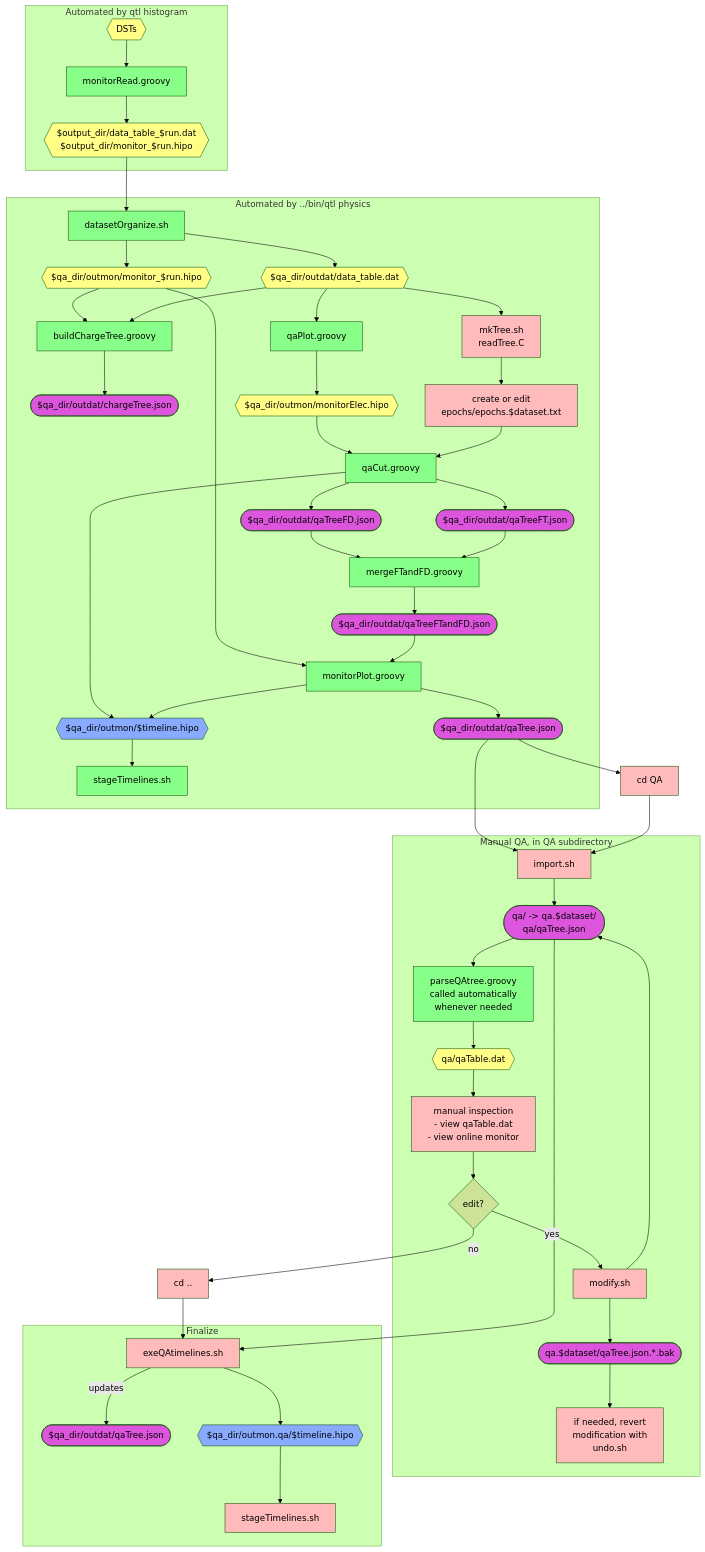
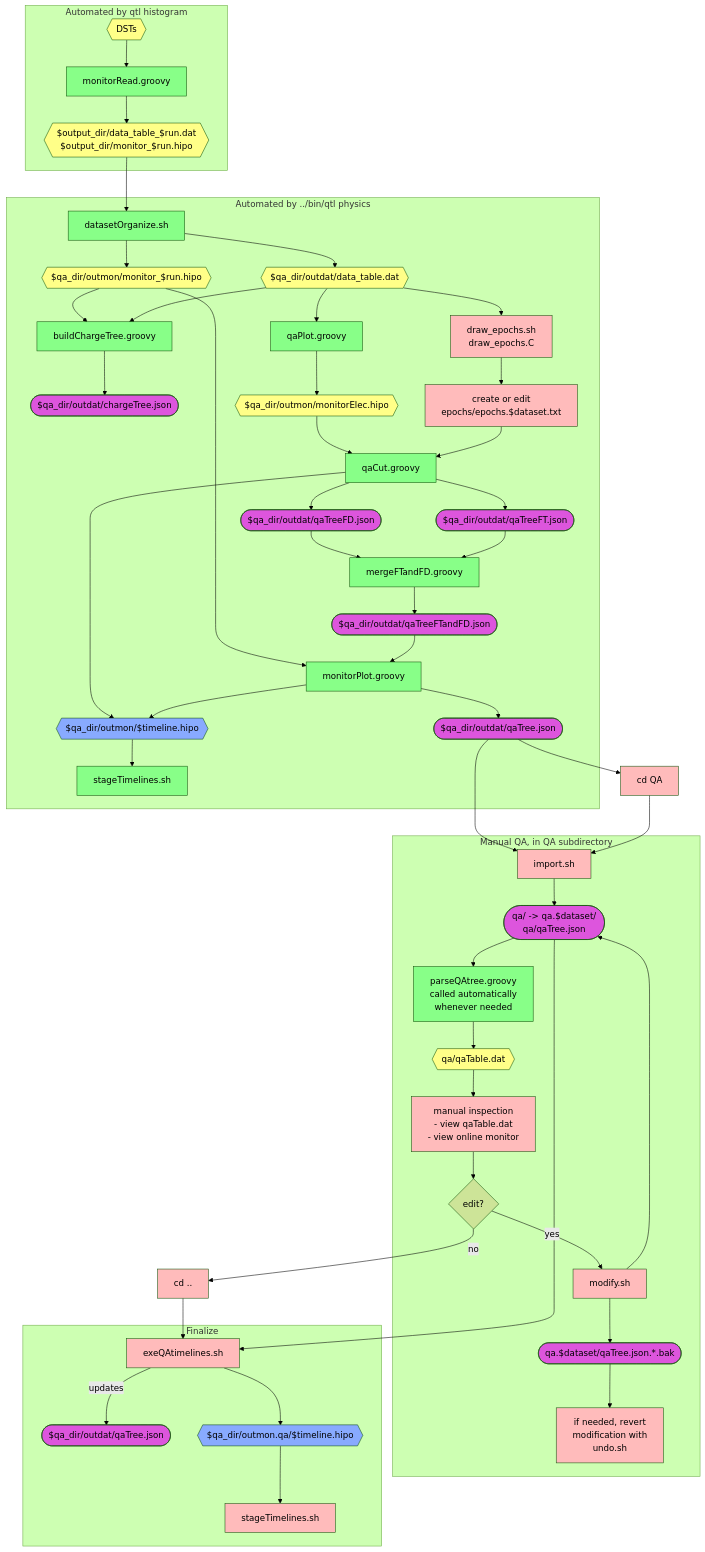
The second of 2 diagrams in qa-physics/docs/docDiagram.md (JeffersonLab/clas12-timeline), drawn with Mermaid (forest theme) before and after one commit. The commit also changed 17 other files, not shown here.

```diff
--- a/qa-physics/docs/docDiagram.md
+++ b/qa-physics/docs/docDiagram.md
@@ -52,8 +52,8 @@
       outdatFiles --> buildCT
 
       qaPlot[qaPlot.groovy]:::auto
-      outdatFiles --> mkTree[mkTree.sh<br />readTree.C]:::manual
-      mkTree --> createEpochs[create or edit<br>epochs/epochs.$dataset.txt]:::manual
+      outdatFiles --> draw_epochs[draw_epochs.sh<br />draw_epochs.C]:::manual
+      draw_epochs --> createEpochs[create or edit<br>epochs/epochs.$dataset.txt]:::manual
       monitorElec{{$qa_dir/outmon/monitorElec.hipo}}:::data
       outdatFiles --> qaPlot
       qaPlot --> monitorElec
```
